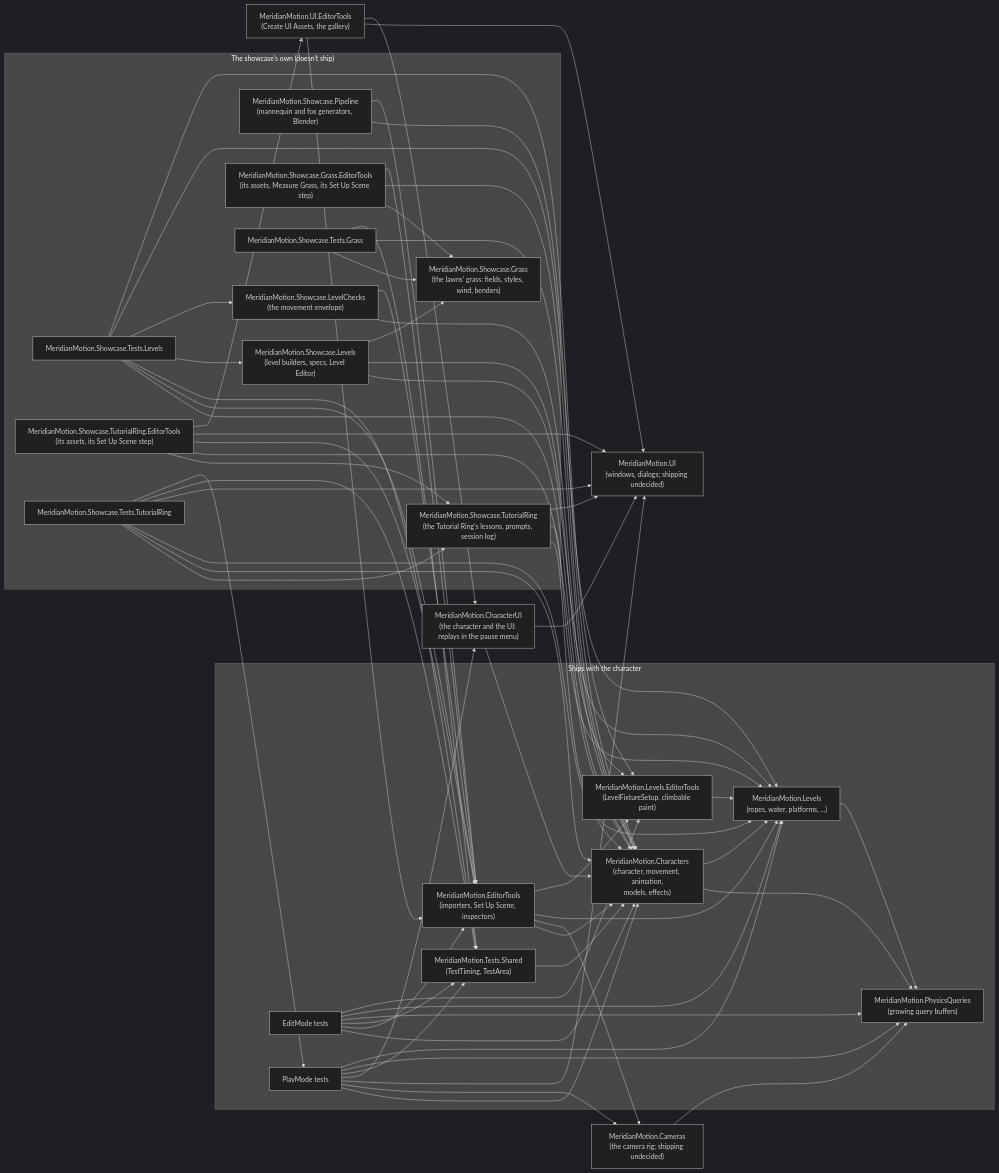
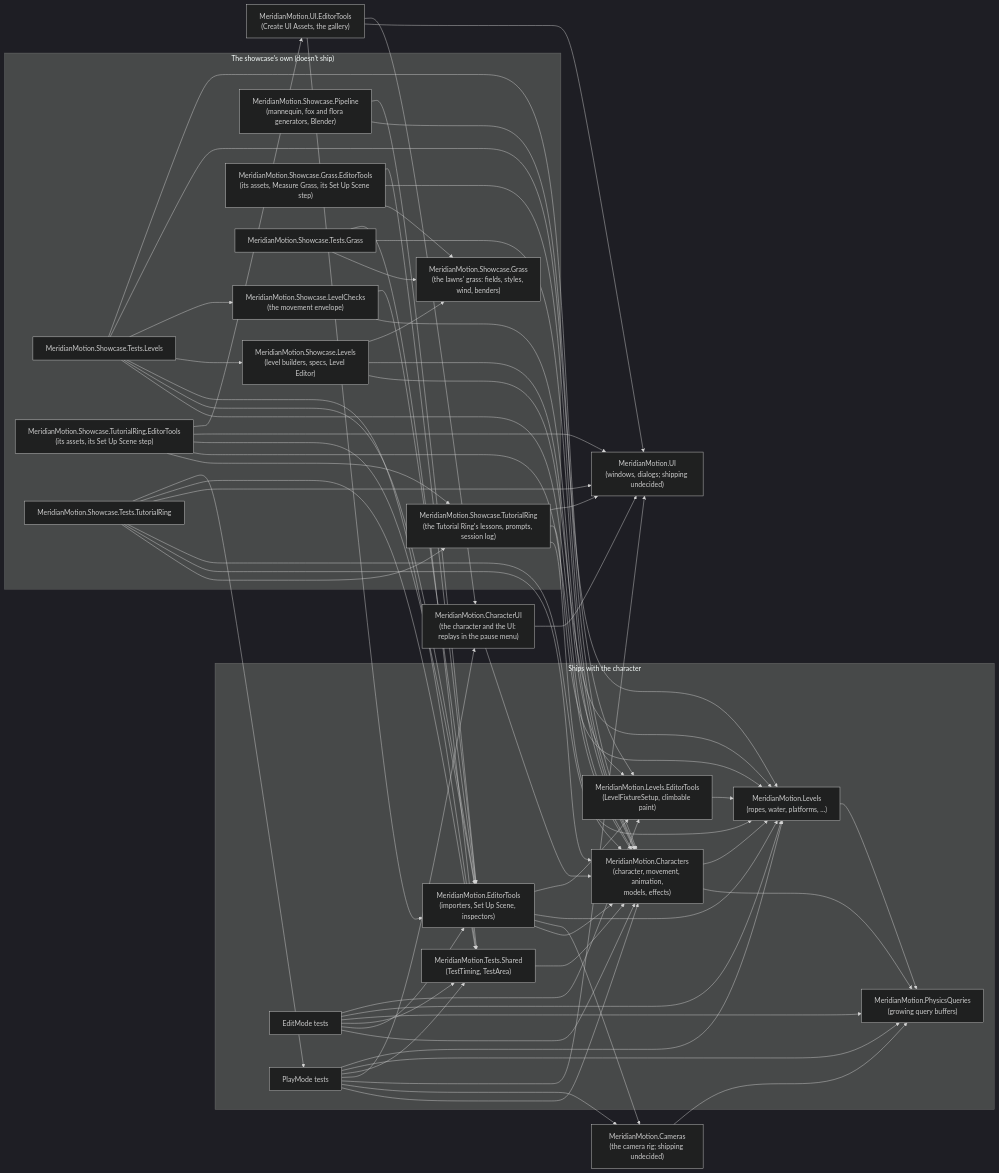
Before and after one commit to HOMMUSVAMPIRE/Character-Showcase: the second of 2 diagrams in docs/architecture.md, drawn with Mermaid (dark theme). The commit also changed other lines of this file and 142 other files, not shown here.

```diff
--- a/docs/architecture.md
+++ b/docs/architecture.md
@@ -74,7 +74,7 @@
     Bridge["MeridianMotion.CharacterUI<br/>(the character and the UI: replays in the pause menu)"]
     subgraph Showcase_only["The showcase's own (doesn't ship)"]
         LevelEditor["MeridianMotion.Showcase.Levels<br/>(level builders, specs, Level Editor)"]
-        Pipeline["MeridianMotion.Showcase.Pipeline<br/>(mannequin and fox generators, Blender)"]
+        Pipeline["MeridianMotion.Showcase.Pipeline<br/>(mannequin, fox and flora generators, Blender)"]
         LevelChecks["MeridianMotion.Showcase.LevelChecks<br/>(the movement envelope)"]
         LevelTests["MeridianMotion.Showcase.Tests.Levels"]
         Tutorial["MeridianMotion.Showcase.TutorialRing<br/>(the Tutorial Ring's lessons, prompts, session log)"]
```
